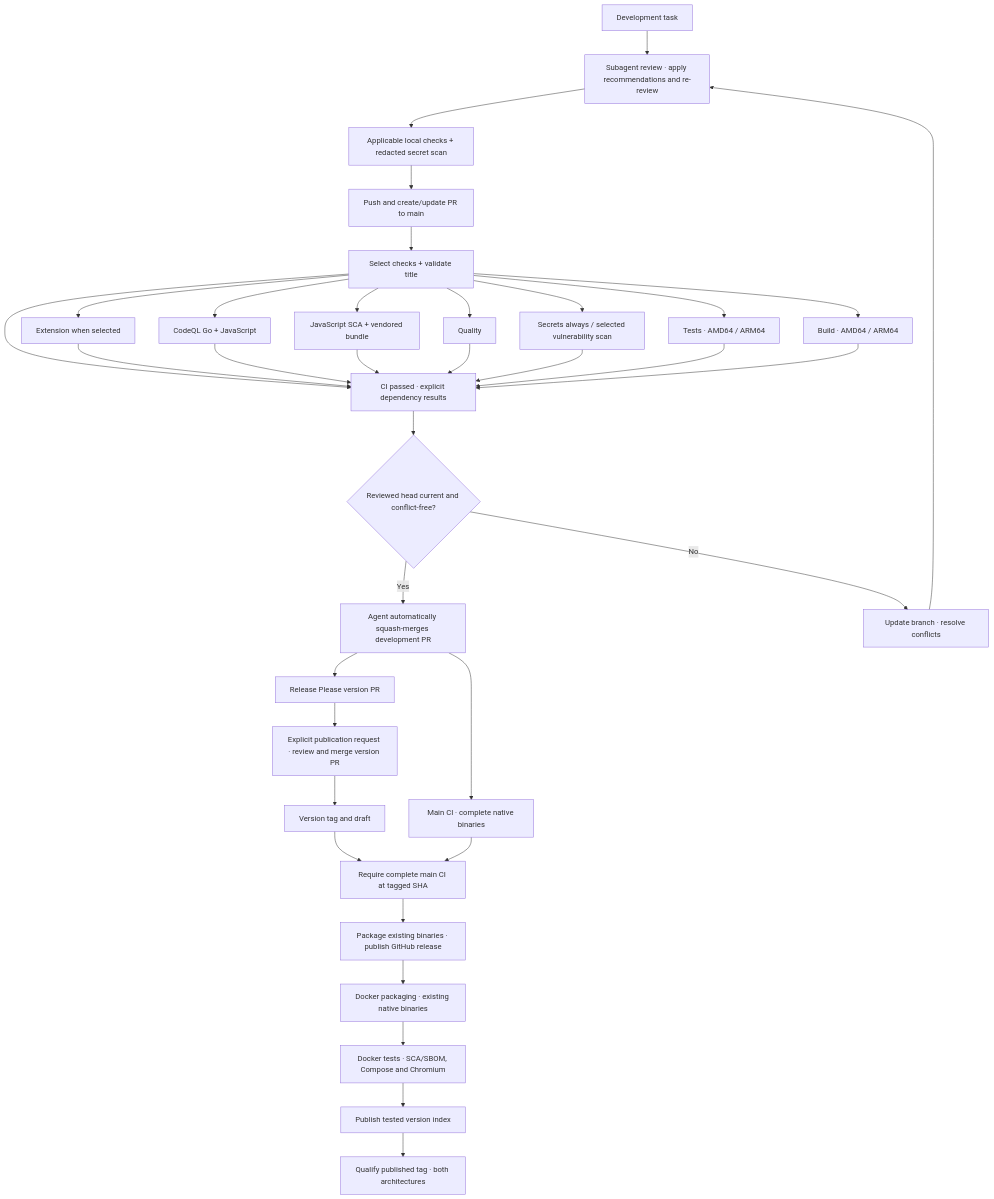
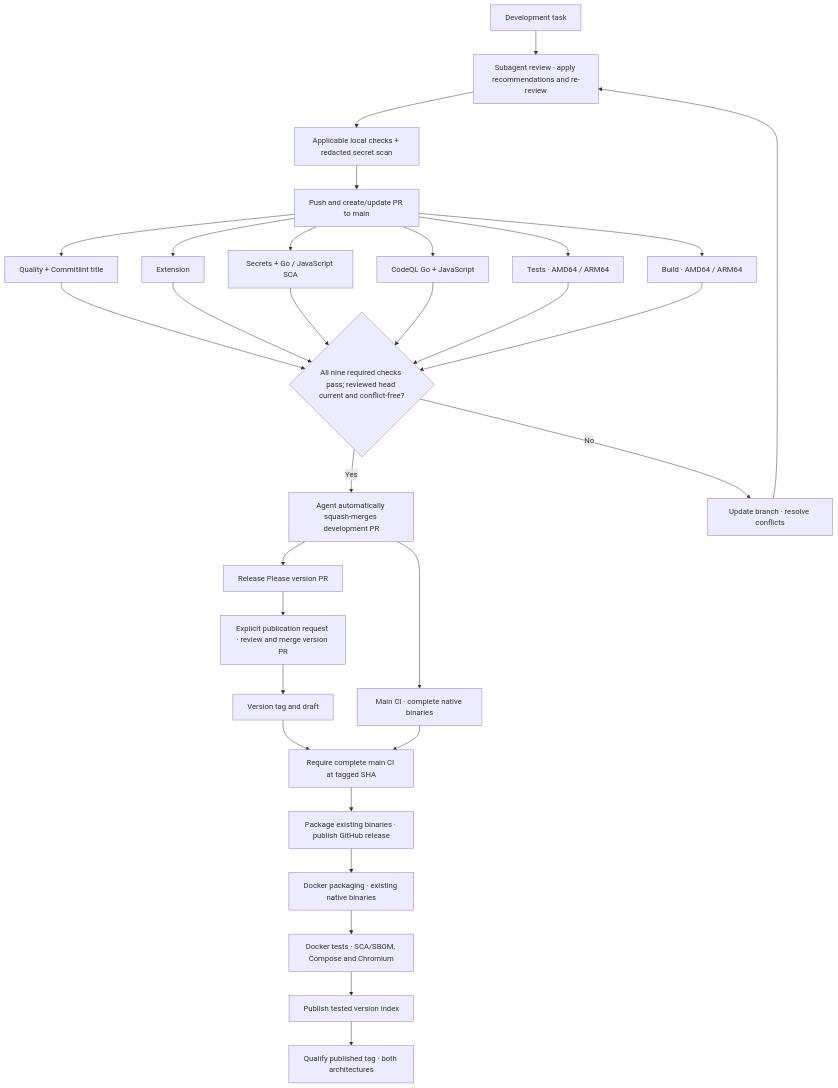
Before and after one commit to theopoc/pocketmark: the diagram in docs/CI.md, drawn with Mermaid. The commit also changed other lines of this file and 14 other files, not shown here.

````diff
--- a/docs/CI.md
+++ b/docs/CI.md
@@ -278,37 +282,32 @@
 ```mermaid
 flowchart TD
     DEV["Development task"] --> REVIEW["Subagent review · apply recommendations and re-review"]
     REVIEW --> LOCAL["Applicable local checks + redacted secret scan"]
     LOCAL --> PR["Push and create/update PR to main"]
-    PR --> PLAN["Select checks + validate title"]
-    PLAN --> Q["Quality"]
-    PLAN --> EXT["Extension when selected"]
-    PLAN --> G["CI passed · explicit dependency results"]
-    EXT --> G
-    PLAN --> S["Secrets always / selected vulnerability scan"]
-    PLAN --> SA["CodeQL Go + JavaScript"]
-    PLAN --> SC["JavaScript SCA + vendored bundle"]
-    SA --> G
-    SC --> G
-    PLAN --> T["Tests · AMD64 / ARM64"]
-    PLAN --> B["Build · AMD64 / ARM64"]
-    Q --> G
-    S --> G
-    T --> G
-    B --> G
-    G --> HEAD{"Reviewed head current and conflict-free?"}
+    PR --> Q["Quality + Commitlint title"]
+    PR --> EXT["Extension"]
+    PR --> S["Secrets + Go / JavaScript SCA"]
+    PR --> SA["CodeQL Go + JavaScript"]
+    PR --> T["Tests · AMD64 / ARM64"]
+    PR --> B["Build · AMD64 / ARM64"]
+    Q --> HEAD{"All nine required checks pass; reviewed head current and conflict-free?"}
+    EXT --> HEAD
+    S --> HEAD
+    SA --> HEAD
+    T --> HEAD
+    B --> HEAD
     HEAD -->|Yes| M["Agent automatically squash-merges development PR"]
     HEAD -->|No| UPDATE["Update branch · resolve conflicts"]
     UPDATE --> REVIEW
     M --> CI["Main CI · complete native binaries"]
     M --> RP["Release Please version PR"]
     RP --> R["Explicit publication request · review and merge version PR"]
     R --> TAG["Version tag and draft"]
     TAG --> WAIT["Require complete main CI at tagged SHA"]
     CI --> WAIT
     WAIT --> PUB["Package existing binaries · publish GitHub release"]
     PUB --> DB["Docker packaging · existing native binaries"]
     DB --> DT["Docker tests · SCA/SBOM, Compose and Chromium"]
     DT --> DP["Publish tested version index"]
     DP --> V["Qualify published tag · both architectures"]
 ```
````
